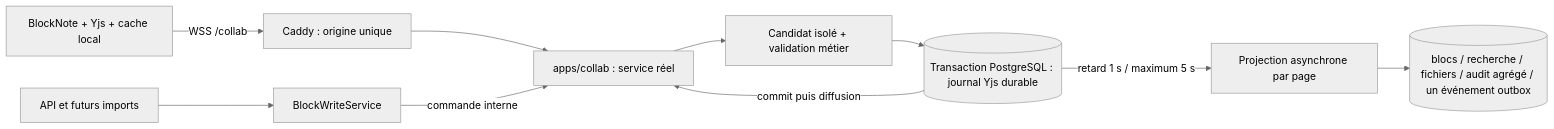
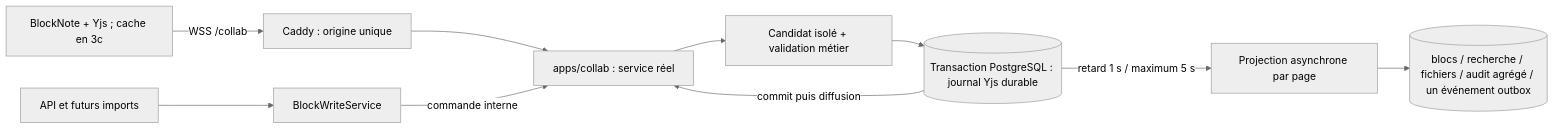
Before and after one commit to FoxTimew/Memoria: the second of 2 diagrams in ARCHITECTURE.md, drawn with Mermaid (neutral theme). The commit also changed other lines of this file and 11 other files, not shown here.

````diff
--- a/ARCHITECTURE.md
+++ b/ARCHITECTURE.md
@@ -61,12 +62,12 @@
 ```mermaid
 flowchart LR
-  Browser[BlockNote + Yjs + cache local] -->|WSS /collab| Caddy[Caddy : origine unique]
+  Browser[BlockNote + Yjs ; cache en 3c] -->|WSS /collab| Caddy[Caddy : origine unique]
   Caddy --> Collab[apps/collab : service réel]
   API[API et futurs imports] --> Writer[BlockWriteService]
   Writer -->|commande interne| Collab
   Collab --> Validation[Candidat isolé + validation métier]
   Validation --> PG[(Transaction PostgreSQL : journal Yjs durable)]
   PG -->|commit puis diffusion| Collab
   PG -->|retard 1 s / maximum 5 s| Projection[Projection asynchrone par page]
   Projection --> Effects[(blocs / recherche / fichiers / audit agrégé / un événement outbox)]
 ```
````
